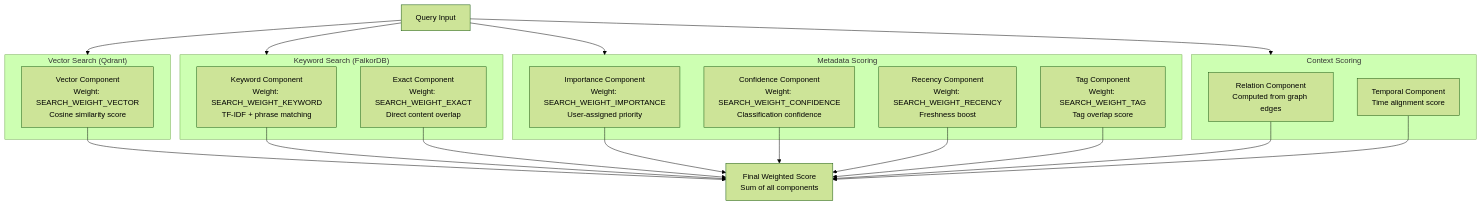
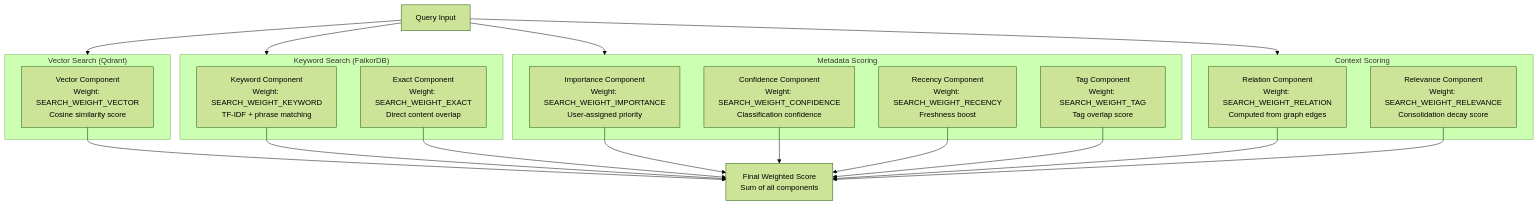
One commit to verygoodplugins/automem-website changed the second of 4 diagrams in src/content/docs/docs/reference/api/recall-operations.md. Above: the diagram before and after it, drawn with Mermaid (forest theme). The commit also changed other lines of this file, not shown here.

````diff
--- a/src/content/docs/docs/reference/api/recall-operations.md
+++ b/src/content/docs/docs/reference/api/recall-operations.md
@@ -155,42 +155,42 @@
 ```mermaid
 graph TB
     Query["Query Input"]
 
     subgraph VectorSearch["Vector Search (Qdrant)"]
         VectorComp["Vector Component<br/>Weight: SEARCH_WEIGHT_VECTOR<br/>Cosine similarity score"]
     end
 
     subgraph KeywordSearch["Keyword Search (FalkorDB)"]
         KeywordComp["Keyword Component<br/>Weight: SEARCH_WEIGHT_KEYWORD<br/>TF-IDF + phrase matching"]
         ExactComp["Exact Component<br/>Weight: SEARCH_WEIGHT_EXACT<br/>Direct content overlap"]
     end
 
     subgraph MetadataScoring["Metadata Scoring"]
         ImportanceComp["Importance Component<br/>Weight: SEARCH_WEIGHT_IMPORTANCE<br/>User-assigned priority"]
         ConfidenceComp["Confidence Component<br/>Weight: SEARCH_WEIGHT_CONFIDENCE<br/>Classification confidence"]
         RecencyComp["Recency Component<br/>Weight: SEARCH_WEIGHT_RECENCY<br/>Freshness boost"]
         TagComp["Tag Component<br/>Weight: SEARCH_WEIGHT_TAG<br/>Tag overlap score"]
     end
 
     subgraph ContextScoring["Context Scoring"]
-        RelationComp["Relation Component<br/>Computed from graph edges"]
-        TemporalComp["Temporal Component<br/>Time alignment score"]
+        RelationComp["Relation Component<br/>Weight: SEARCH_WEIGHT_RELATION<br/>Computed from graph edges"]
+        RelevanceComp["Relevance Component<br/>Weight: SEARCH_WEIGHT_RELEVANCE<br/>Consolidation decay score"]
     end
 
     FinalScore["Final Weighted Score<br/>Sum of all components"]
 
     Query --> VectorSearch
     Query --> KeywordSearch
     Query --> MetadataScoring
     Query --> ContextScoring
 
     VectorComp --> FinalScore
     KeywordComp --> FinalScore
     ExactComp --> FinalScore
     ImportanceComp --> FinalScore
     ConfidenceComp --> FinalScore
     RecencyComp --> FinalScore
     TagComp --> FinalScore
     RelationComp --> FinalScore
-    TemporalComp --> FinalScore
+    RelevanceComp --> FinalScore
 ```
````
